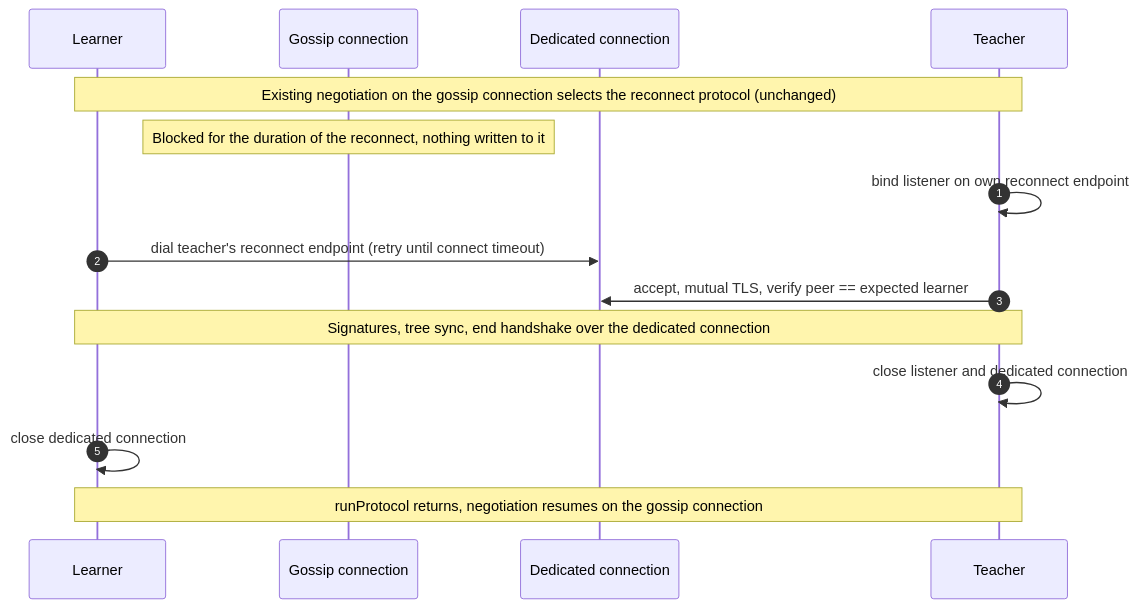
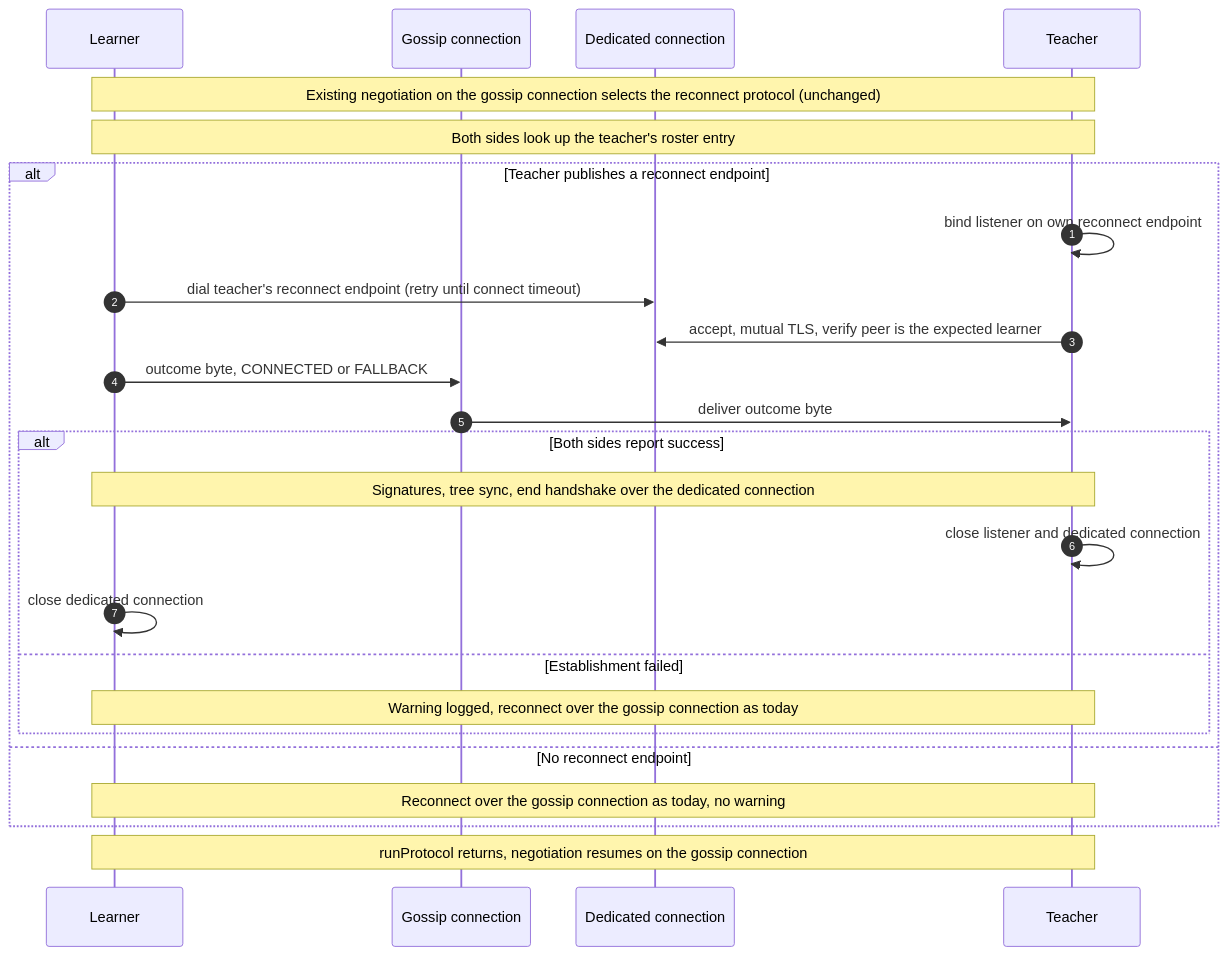
Before and after one commit to hiero-ledger/hiero-consensus-node: the diagram in platform-sdk/docs/proposals/reconnect-connection/Dedicated-Reconnect-Connection.md, drawn with Mermaid. The commit also changed other lines of this file, not shown here.

````diff
--- a/platform-sdk/docs/proposals/reconnect-connection/Dedicated-Reconnect-Connection.md
+++ b/platform-sdk/docs/proposals/reconnect-connection/Dedicated-Reconnect-Connection.md
@@ -134,18 +127,28 @@
 ```mermaid
 sequenceDiagram
     autonumber
     participant L as Learner
     participant G as Gossip connection
     participant D as Dedicated connection
     participant T as Teacher
 
     Note over L,T: Existing negotiation on the gossip connection selects the reconnect protocol (unchanged)
-    Note over G: Blocked for the duration of the reconnect, nothing written to it
-    T->>T: bind listener on own reconnect endpoint
-    L->>D: dial teacher's reconnect endpoint (retry until connect timeout)
-    T->>D: accept, mutual TLS, verify peer == expected learner
-    Note over L,T: Signatures, tree sync, end handshake over the dedicated connection
-    T->>T: close listener and dedicated connection
-    L->>L: close dedicated connection
+    Note over L,T: Both sides look up the teacher's roster entry
+    alt Teacher publishes a reconnect endpoint
+        T->>T: bind listener on own reconnect endpoint
+        L->>D: dial teacher's reconnect endpoint (retry until connect timeout)
+        T->>D: accept, mutual TLS, verify peer is the expected learner
+        L->>G: outcome byte, CONNECTED or FALLBACK
+        G->>T: deliver outcome byte
+        alt Both sides report success
+            Note over L,T: Signatures, tree sync, end handshake over the dedicated connection
+            T->>T: close listener and dedicated connection
+            L->>L: close dedicated connection
+        else Establishment failed
+            Note over L,T: Warning logged, reconnect over the gossip connection as today
+        end
+    else No reconnect endpoint
+        Note over L,T: Reconnect over the gossip connection as today, no warning
+    end
     Note over L,T: runProtocol returns, negotiation resumes on the gossip connection
 ```
````
